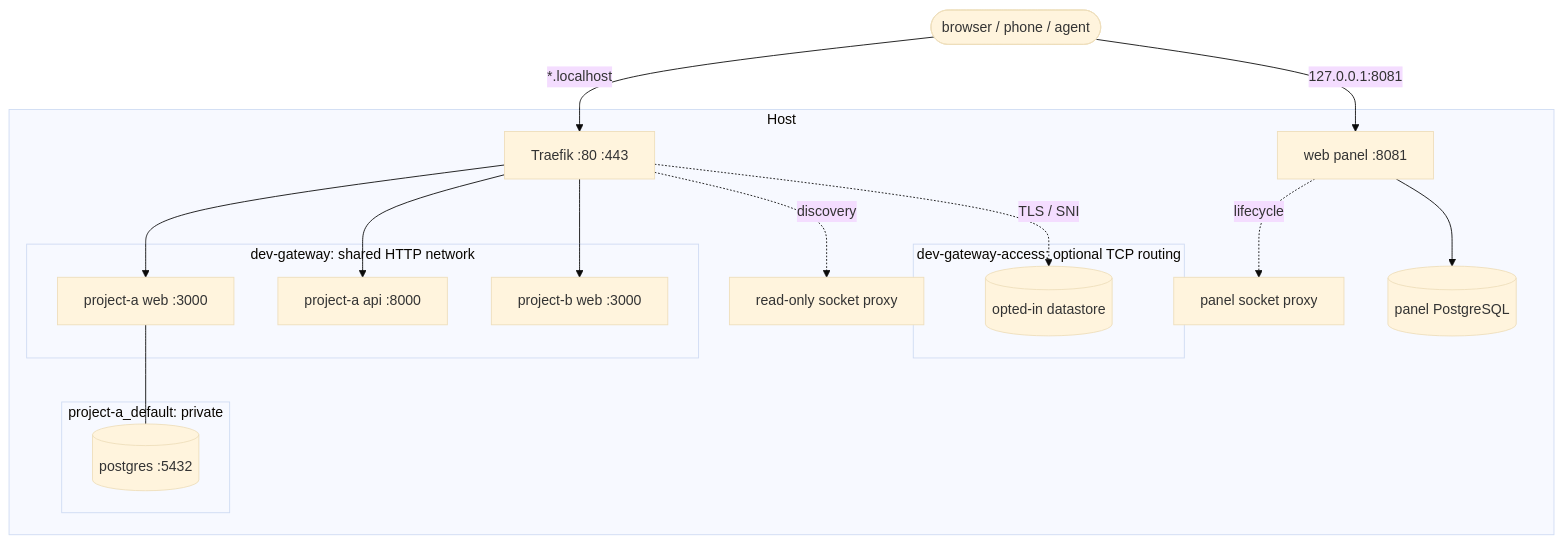
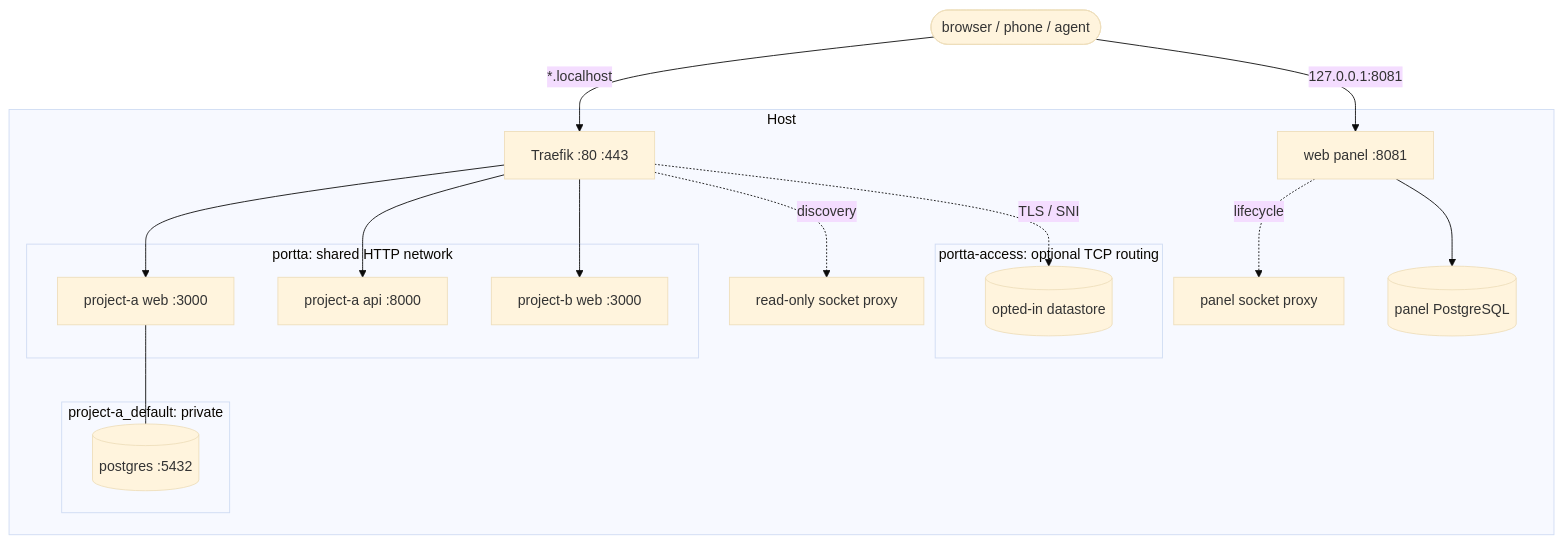
The diagram in README.md (fabioassuncao/dev-gateway), drawn with Mermaid (base theme) before and after one commit. The commit also changed other lines of this file and 288 other files, not shown here.

````diff
--- a/README.md
+++ b/README.md
@@ -58,30 +58,30 @@
 ```mermaid
 flowchart TB
     user([browser / phone / agent])
     subgraph host [Host]
         traefik[Traefik :80 :443]
         proxy[read-only socket proxy]
         panel[web panel :8081]
         panelproxy[panel socket proxy]
         paneldb[(panel PostgreSQL)]
-        subgraph shared [dev-gateway: shared HTTP network]
+        subgraph shared [portta: shared HTTP network]
             aweb[project-a web :3000]
             aapi[project-a api :8000]
             bweb[project-b web :3000]
         end
         subgraph private [project-a_default: private]
             apg[(postgres :5432)]
         end
-        subgraph access [dev-gateway-access: optional TCP routing]
+        subgraph access [portta-access: optional TCP routing]
             routeddb[(opted-in datastore)]
         end
     end
     user -->|"*.localhost"| traefik
     user -->|127.0.0.1:8081| panel
     traefik --> aweb & aapi & bweb
     traefik -. discovery .-> proxy
     panel -. lifecycle .-> panelproxy
     panel --> paneldb
     aweb --- apg
     traefik -. "TLS / SNI" .-> routeddb
 ```
````
